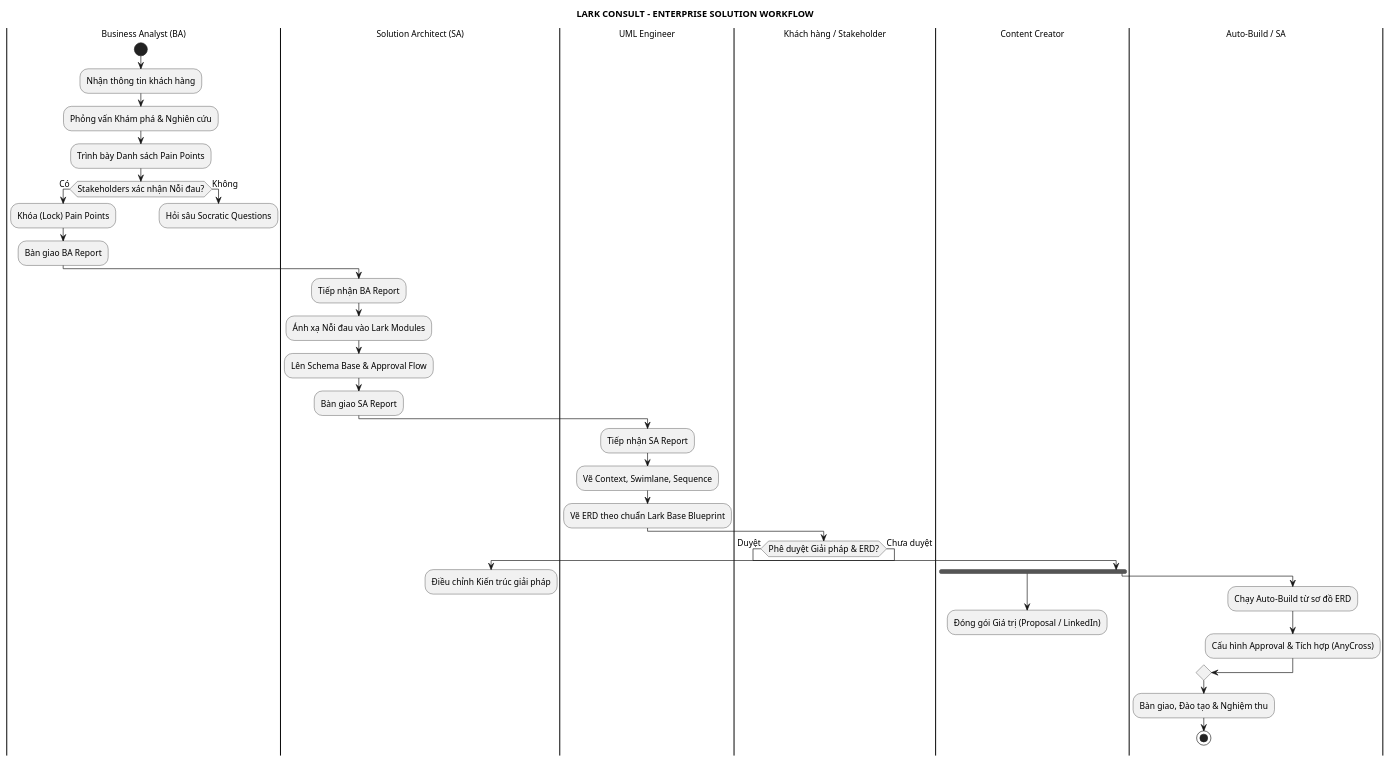
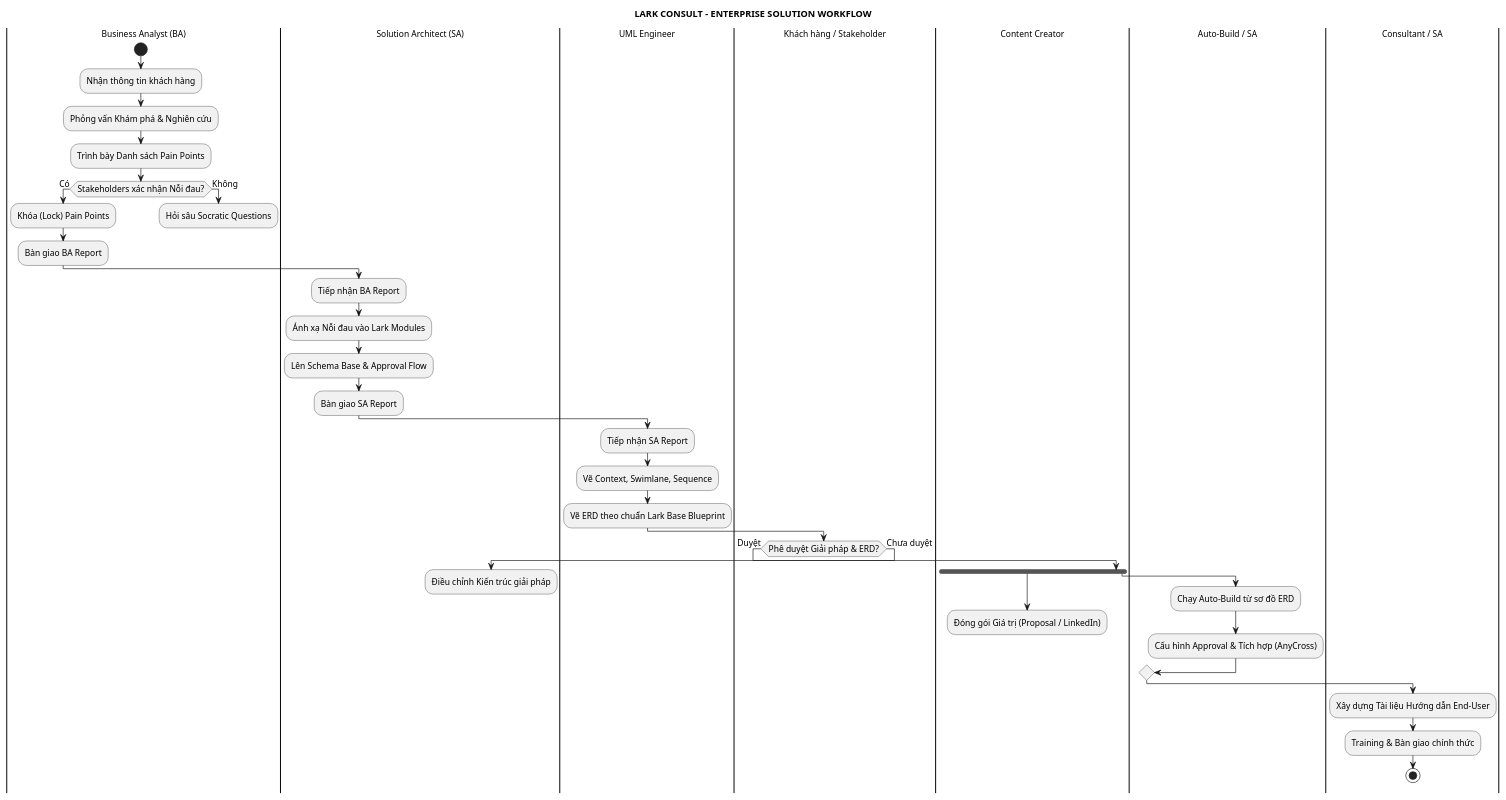
One commit to stevenguyen090/Knowledge-Lark-Consult changed the diagram in 02_Consulting_Process/Tong_quan_quy_trinh.md. Above: the diagram before and after it, drawn with PlantUML. The commit also changed other lines of this file and 4 other files, not shown here.

````diff
--- a/02_Consulting_Process/Tong_quan_quy_trinh.md
+++ b/02_Consulting_Process/Tong_quan_quy_trinh.md
@@ -18,51 +18,53 @@
 ```plantuml
 @startuml
 title **LARK CONSULT - ENTERPRISE SOLUTION WORKFLOW**
 skinparam defaultFontSize 13
 skinparam backgroundColor #FFFFFF
 
 |Business Analyst (BA)|
 start
 :Nhận thông tin khách hàng;
 :Phỏng vấn Khám phá & Nghiên cứu;
 :Trình bày Danh sách Pain Points;
 if (Stakeholders xác nhận Nỗi đau?) then (Có)
   :Khóa (Lock) Pain Points;
   :Bàn giao BA Report;
 else (Không)
   :Hỏi sâu Socratic Questions;
   detach
 endif
 
 |Solution Architect (SA)|
 :Tiếp nhận BA Report;
 :Ánh xạ Nỗi đau vào Lark Modules;
 :Lên Schema Base & Approval Flow;
 :Bàn giao SA Report;
 
 |UML Engineer|
 :Tiếp nhận SA Report;
 :Vẽ Context, Swimlane, Sequence;
 :Vẽ ERD theo chuẩn Lark Base Blueprint;
 
 |Khách hàng / Stakeholder|
 if (Phê duyệt Giải pháp & ERD?) then (Duyệt)
   
   fork
     |Content Creator|
     :Đóng gói Giá trị (Proposal / LinkedIn);
   fork again
     |Auto-Build / SA|
     :Chạy Auto-Build từ sơ đồ ERD;
     :Cấu hình Approval & Tích hợp (AnyCross);
   end merge
-  
-  :Bàn giao, Đào tạo & Nghiệm thu;
+
+  |Consultant / SA|
+  :Xây dựng Tài liệu Hướng dẫn End-User;
+  :Training & Bàn giao chính thức;
   stop
 else (Chưa duyệt)
   |Solution Architect (SA)|
   :Điều chỉnh Kiến trúc giải pháp;
   detach
 endif
 @enduml
 ```
````
